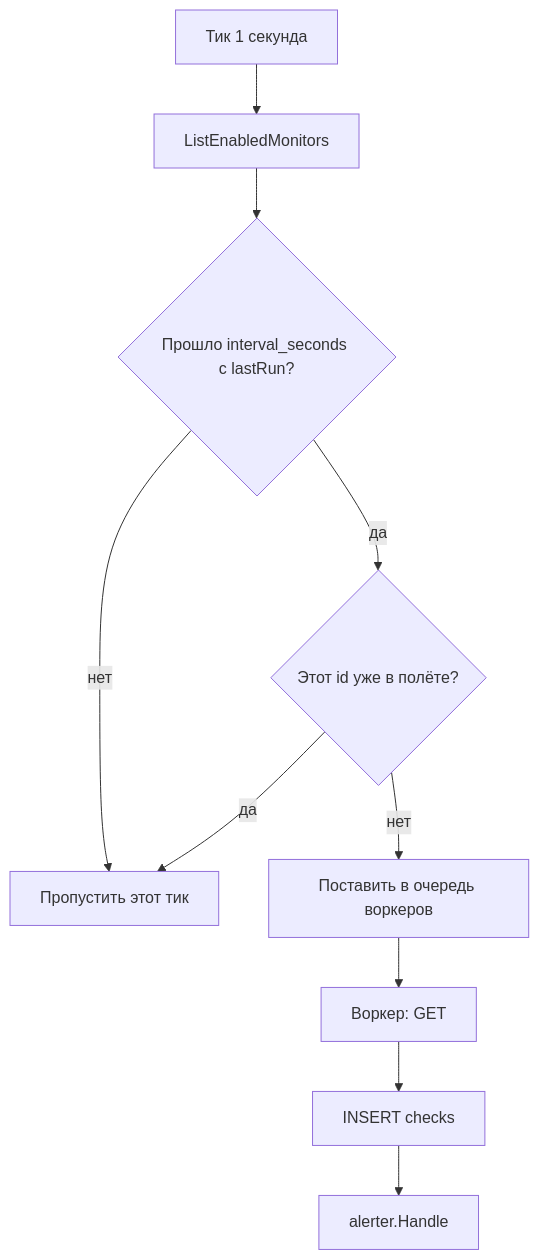
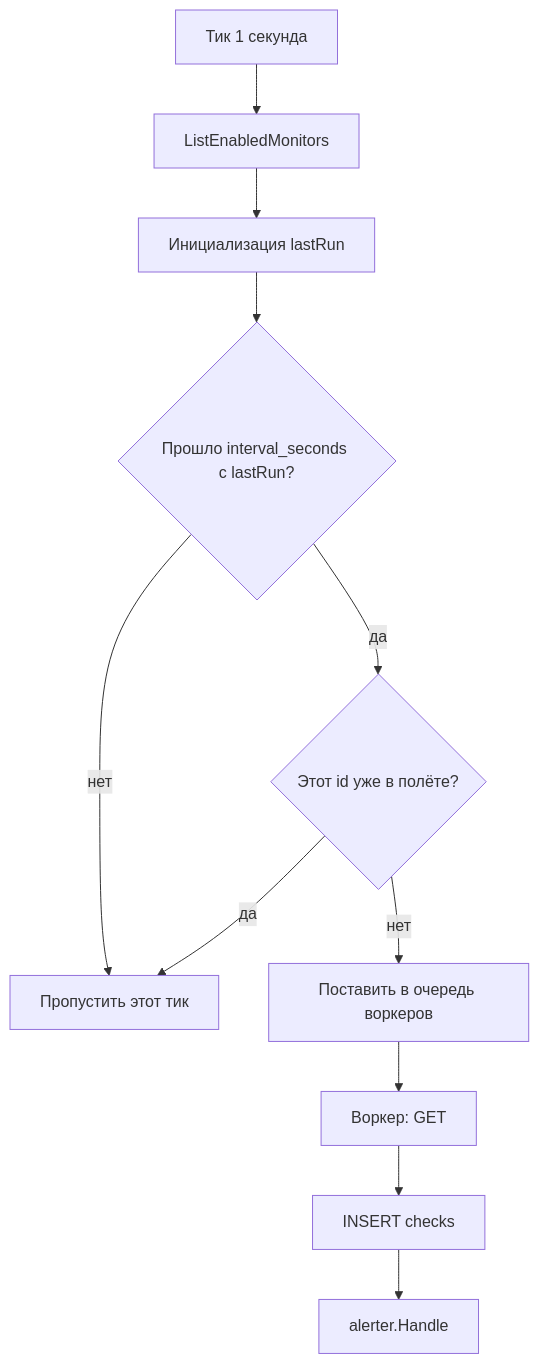
One commit to mc-lion/WebChecker changed the second of 6 diagrams in docs/logic.md. Above: the diagram before and after it, drawn with Mermaid. The commit also changed other lines of this file and 5 other files, not shown here.

````diff
--- a/docs/logic.md
+++ b/docs/logic.md
@@ -34,17 +34,18 @@
 ```mermaid
 flowchart TB
   Tick[Тик 1 секунда]
   Load[ListEnabledMonitors]
+  Seed[Инициализация lastRun]
   Due{Прошло interval_seconds с lastRun?}
   Busy{Этот id уже в полёте?}
   Queue[Поставить в очередь воркеров]
   Skip[Пропустить этот тик]
   Worker[Воркер: GET]
   Save[INSERT checks]
   Alert[alerter.Handle]
-  Tick --> Load --> Due
+  Tick --> Load --> Seed --> Due
   Due -->|нет| Skip
   Due -->|да| Busy
   Busy -->|да| Skip
   Busy -->|нет| Queue --> Worker --> Save --> Alert
 ```
````
